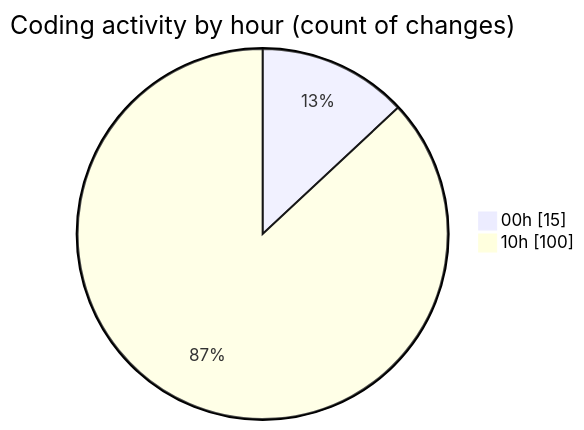
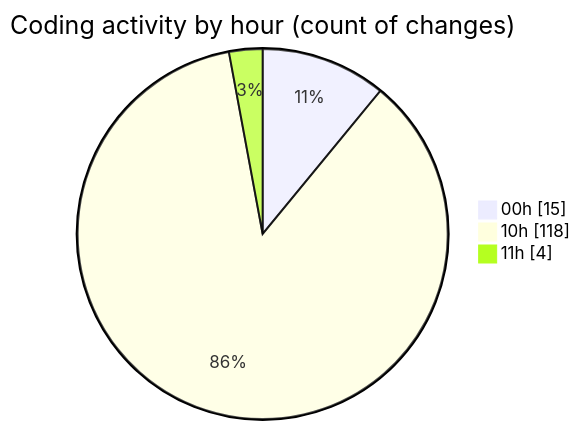
Before and after one commit to Ritupan-Deka/code-tracking: the second of 2 diagrams in 2026-01-11/dsa/README.md, drawn with Mermaid. The commit also changed other lines of this file and 1 other file, not shown here.

````diff
--- a/2026-01-11/dsa/README.md
+++ b/2026-01-11/dsa/README.md
@@ -28,6 +28,7 @@
 ```mermaid
 pie showData
 title Coding activity by hour (count of changes)
 "00h" : 15
-"10h" : 100
+"10h" : 118
+"11h" : 4
 ```
````
